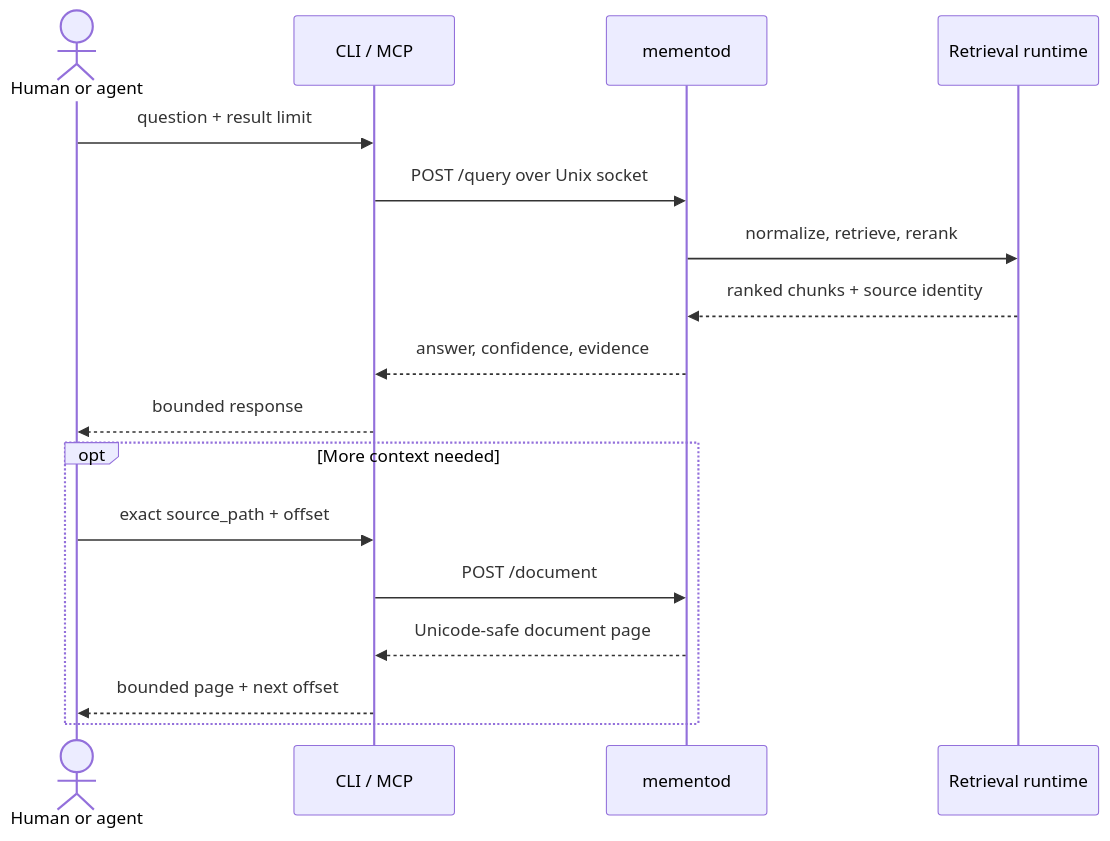
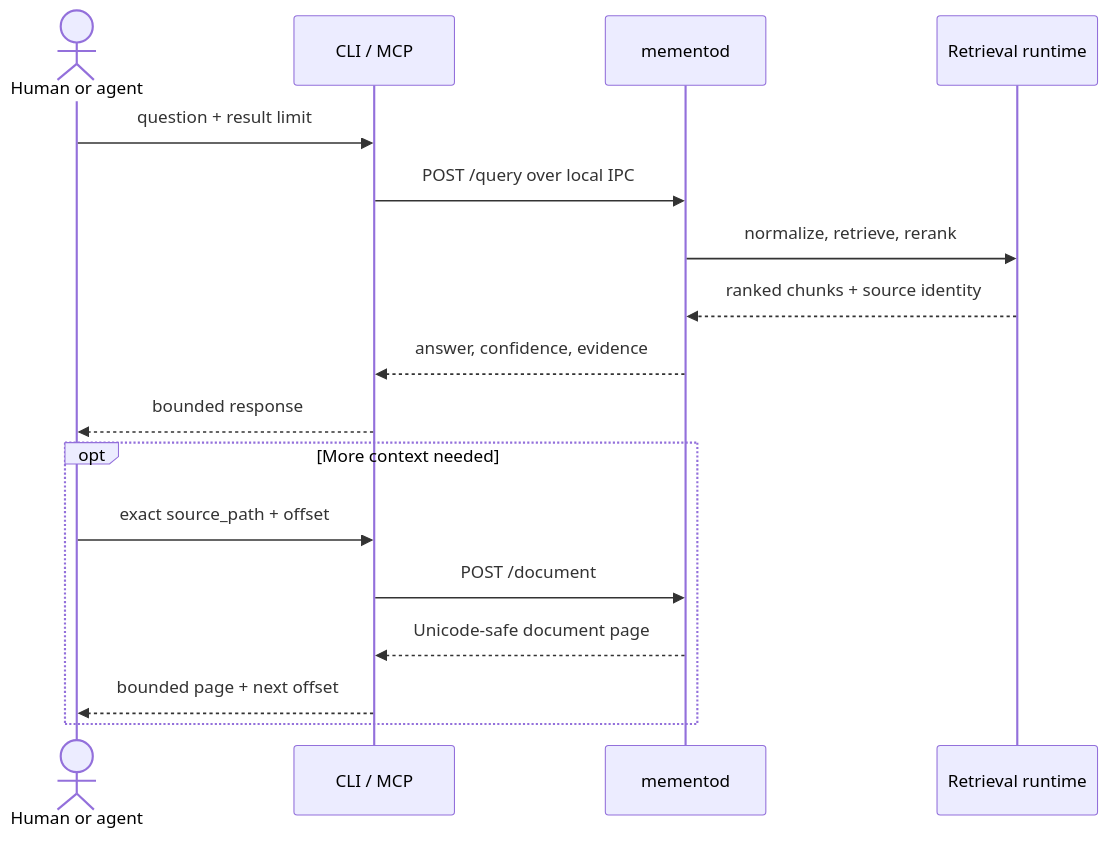
The sixth of 8 diagrams in docs/ARCHITECTURE.md (ArvorCo/memento), drawn with Mermaid before and after one commit. The commit also changed other lines of this file and 49 other files, not shown here.

````diff
--- a/docs/ARCHITECTURE.md
+++ b/docs/ARCHITECTURE.md
@@ -244,23 +246,23 @@
 ```mermaid
 sequenceDiagram
     accTitle: Local query request sequence
     accDescr: A user or agent sends a bounded query through the CLI or MCP bridge. The daemon retrieves and ranks local evidence, returns source paths and excerpts, and the agent may then request a page from an exact indexed document.
 
     actor U as Human or agent
     participant I as CLI / MCP
     participant D as mementod
     participant R as Retrieval runtime
 
     U->>I: question + result limit
-    I->>D: POST /query over Unix socket
+    I->>D: POST /query over local IPC
     D->>R: normalize, retrieve, rerank
     R-->>D: ranked chunks + source identity
     D-->>I: answer, confidence, evidence
     I-->>U: bounded response
     opt More context needed
         U->>I: exact source_path + offset
         I->>D: POST /document
         D-->>I: Unicode-safe document page
         I-->>U: bounded page + next offset
     end
 ```
````
